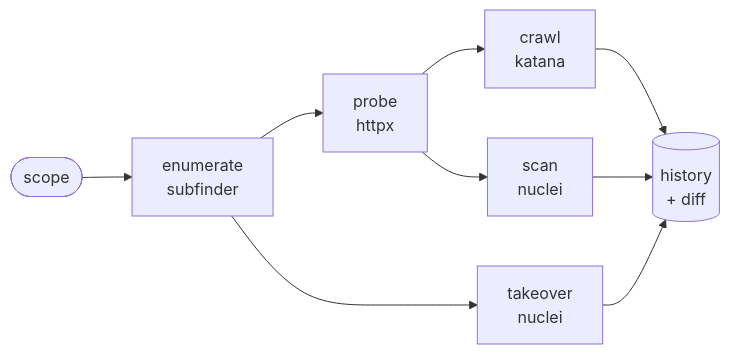
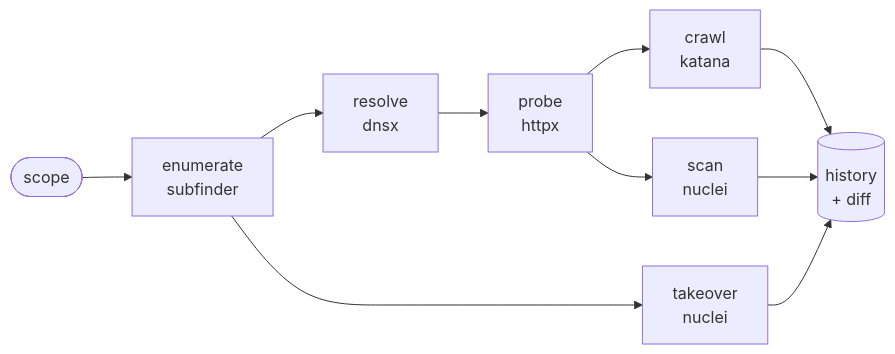
Before and after one commit to othmanXP/Reconic: the diagram in README.md, drawn with Mermaid. The commit also changed other lines of this file and 13 other files, not shown here.

````diff
--- a/README.md
+++ b/README.md
@@ -36,11 +36,12 @@
 ```mermaid
 flowchart LR
     S([scope]) --> E[enumerate<br/>subfinder]
-    E --> P[probe<br/>httpx]
+    E --> D[resolve<br/>dnsx]
+    D --> P[probe<br/>httpx]
     P --> C[crawl<br/>katana]
     P --> N[scan<br/>nuclei]
     E --> T[takeover<br/>nuclei]
     C --> R[(history<br/>+ diff)]
     N --> R
     T --> R
 ```
````
